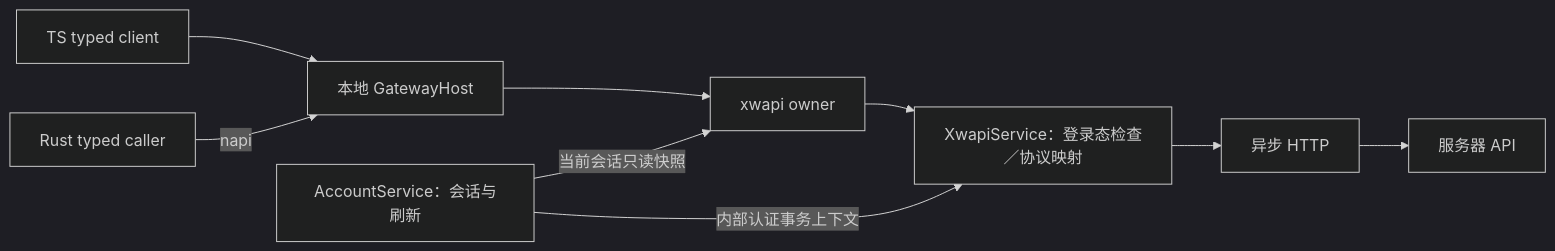
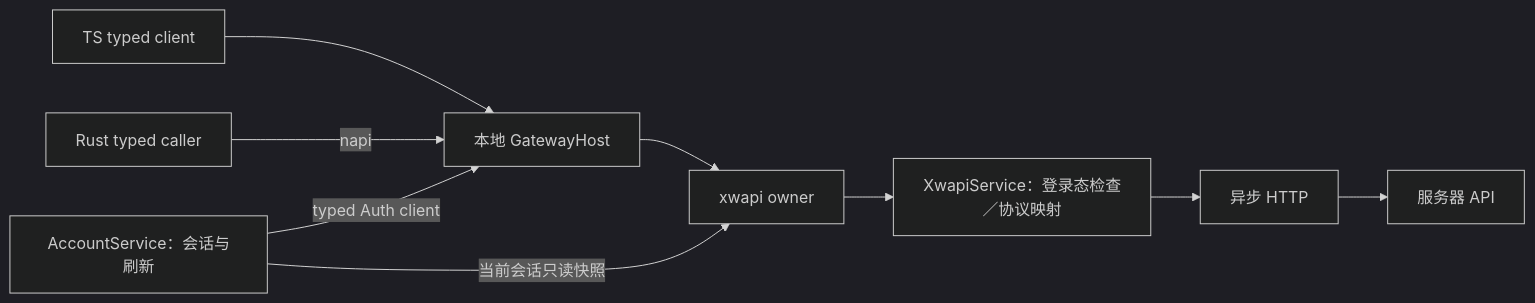
Before and after one commit to tctony-labs/xiaowei: the diagram in docs/xwapi.md, drawn with Mermaid (dark theme). The commit also changed other lines of this file and 48 other files, not shown here.

````diff
--- a/docs/xwapi.md
+++ b/docs/xwapi.md
@@ -5,11 +5,11 @@
 ```mermaid
 flowchart LR
     TS["TS typed client"] --> Host["本地 GatewayHost"]
     Rust["Rust typed caller"] -->|"napi"| Host
     Host --> Owner["xwapi owner"]
     Account["AccountService：会话与刷新"] -->|"当前会话只读快照"| Owner
     Owner --> Executor["XwapiService：登录态检查／协议映射"]
-    Account -->|"内部认证事务上下文"| Executor
+    Account -->|"typed Auth client"| Host
     Executor --> HTTP["异步 HTTP"]
     HTTP --> Server["服务器 API"]
 ```
````
